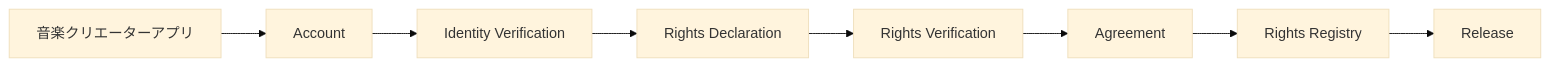
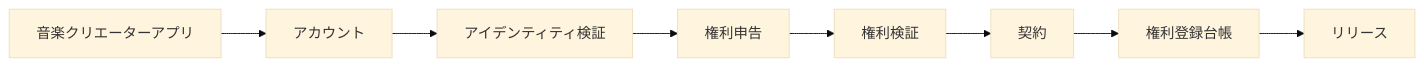
One commit to ShigeichiroYamasaki/creator-first-platform changed the first of 29 diagrams in docs/whitepaper/05-creator-onboarding.md. Above: the diagram before and after it, drawn with Mermaid (base theme). The commit also changed other lines of this file and 72 other files, not shown here.

````diff
--- a/docs/whitepaper/05-creator-onboarding.md
+++ b/docs/whitepaper/05-creator-onboarding.md
@@ -34,19 +34,19 @@
 ```mermaid
 flowchart LR
     APPLY[音楽クリエーターアプリ]
-    ACCOUNT[Account]
-    ID[Identity Verification]
-    RIGHTS[Rights Declaration]
-    REVIEW[Rights Verification]
-    CONTRACT[Agreement]
-    REGISTER[Rights Registry]
-    RELEASE[Release]
+    ACCOUNT[アカウント]
+    ID[アイデンティティ検証]
+    RIGHTS[権利申告]
+    REVIEW[権利検証]
+    CONTRACT[契約]
+    REGISTER[権利登録台帳]
+    RELEASE[リリース]
 
     APPLY --> ACCOUNT
     ACCOUNT --> ID
     ID --> RIGHTS
     RIGHTS --> REVIEW
     REVIEW --> CONTRACT
     CONTRACT --> REGISTER
     REGISTER --> RELEASE
 ```
````
